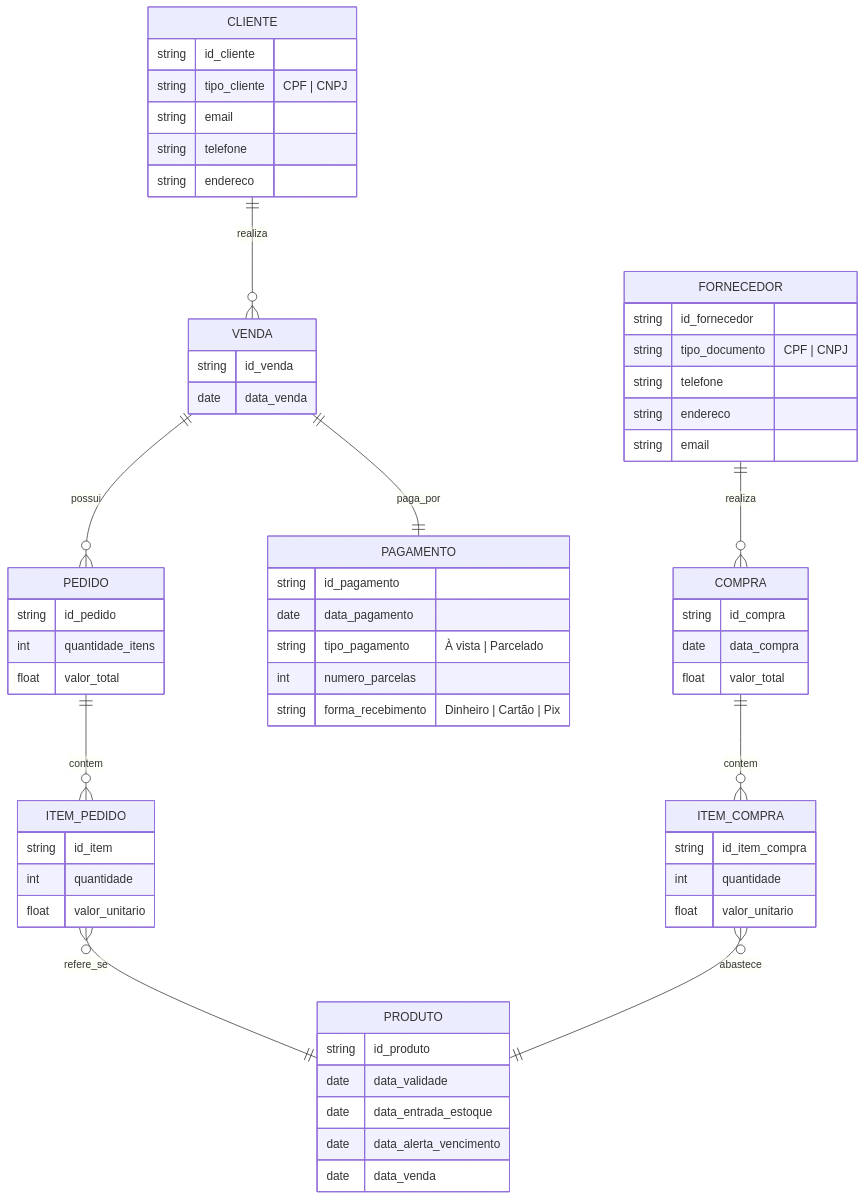
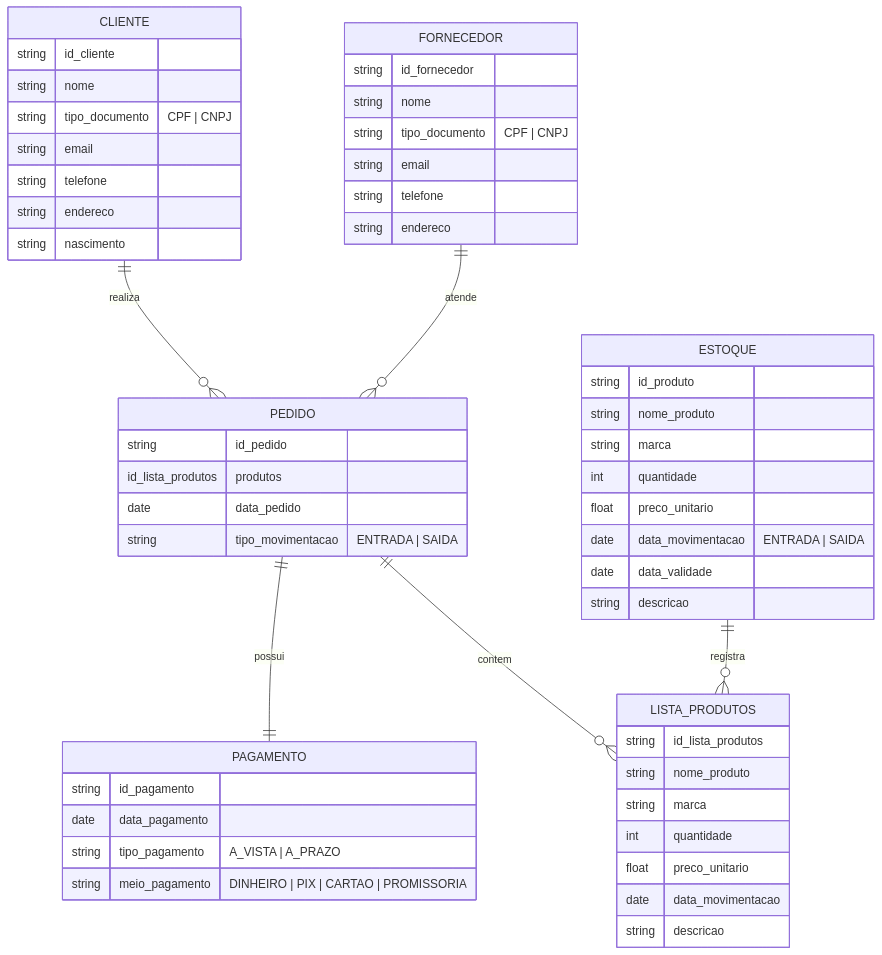
The diagram in README.md (DevJuniorss/EstoquePersistido), drawn with Mermaid before and after one commit. The commit also changed other lines of this file, not shown here.

Commit message:
Update README.md
Redimensionando ER, Falta Formalizar

````diff
--- a/README.md
+++ b/README.md
@@ -28,76 +28,66 @@
 ```mermaid
 erDiagram
 
     CLIENTE {
         string id_cliente
-        string tipo_cliente "CPF | CNPJ"
+        string nome
+        string tipo_documento "CPF | CNPJ"
+        string email
+        string telefone
+        string endereco
+        string nascimento
+    }
+
+    FORNECEDOR {
+        string id_fornecedor
+        string nome
+        string tipo_documento "CPF | CNPJ"
         string email
         string telefone
         string endereco
     }
 
-    VENDA {
-        string id_venda
-        date data_venda
-    }
-
     PEDIDO {
         string id_pedido
-        int quantidade_itens
-        float valor_total
-    }
-
-    ITEM_PEDIDO {
-        string id_item
-        int quantidade
-        float valor_unitario
-    }
-
-    PRODUTO {
-        string id_produto
-        date data_validade
-        date data_entrada_estoque
-        date data_alerta_vencimento
-        date data_venda
+        id_lista_produtos produtos
+        date data_pedido
+        string tipo_movimentacao "ENTRADA | SAIDA"
     }
 
     PAGAMENTO {
         string id_pagamento
         date data_pagamento
-        string tipo_pagamento "À vista | Parcelado"
-        int numero_parcelas
-        string forma_recebimento "Dinheiro | Cartão | Pix"
+        string tipo_pagamento "A_VISTA | A_PRAZO"
+        string meio_pagamento "DINHEIRO | PIX | CARTAO | PROMISSORIA"
     }
 
-    FORNECEDOR {
-        string id_fornecedor
-        string tipo_documento "CPF | CNPJ"
-        string telefone
-        string endereco
-        string email
+    ESTOQUE {
+        string id_produto
+        string nome_produto
+        string marca
+        int quantidade
+        float preco_unitario
+        date data_movimentacao "ENTRADA | SAIDA"
+        date data_validade
+        string descricao
     }
 
-    COMPRA {
-        string id_compra
-        date data_compra
-        float valor_total
+    LISTA_PRODUTOS {
+        string id_lista_produtos
+        string nome_produto
+        string marca
+        int quantidade
+        float preco_unitario
+        date data_movimentacao
+        string descricao
     }
 
-    ITEM_COMPRA {
-        string id_item_compra
-        int quantidade
-        float valor_unitario
-    }
+    %% RELACIONAMENTOS
+    CLIENTE ||--o{ PEDIDO : realiza
+    FORNECEDOR ||--o{ PEDIDO : atende
 
-    %% RELACIONAMENTOS — SAÍDA (VENDA)
-    CLIENTE ||--o{ VENDA : realiza
-    VENDA ||--o{ PEDIDO : possui
-    PEDIDO ||--o{ ITEM_PEDIDO : contem
-    ITEM_PEDIDO }o--|| PRODUTO : refere_se
-    VENDA ||--|| PAGAMENTO : paga_por
+    PEDIDO ||--|| PAGAMENTO : possui
 
-    %% RELACIONAMENTOS — ENTRADA (COMPRA / ESTOQUE)
-    FORNECEDOR ||--o{ COMPRA : realiza
-    COMPRA ||--o{ ITEM_COMPRA : contem
-    ITEM_COMPRA }o--|| PRODUTO : abastece
+    PEDIDO ||--o{ LISTA_PRODUTOS : contem
+    ESTOQUE ||--o{ LISTA_PRODUTOS : registra
 ```
````
